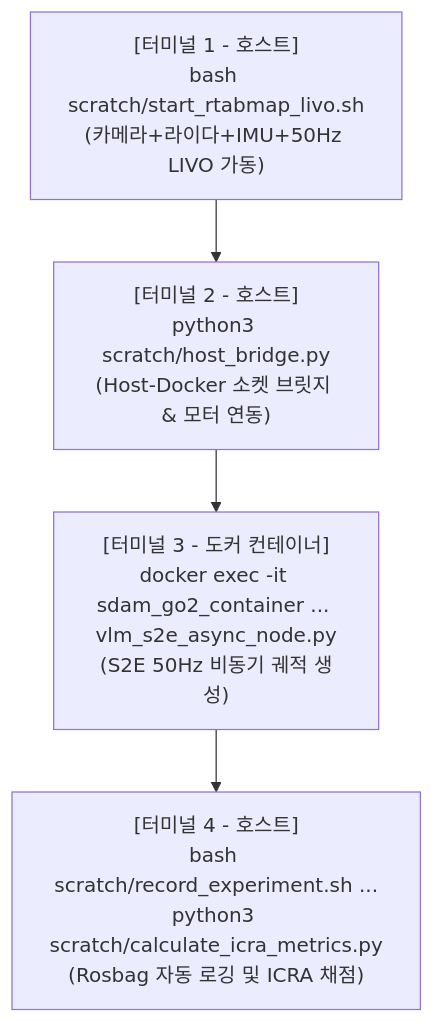
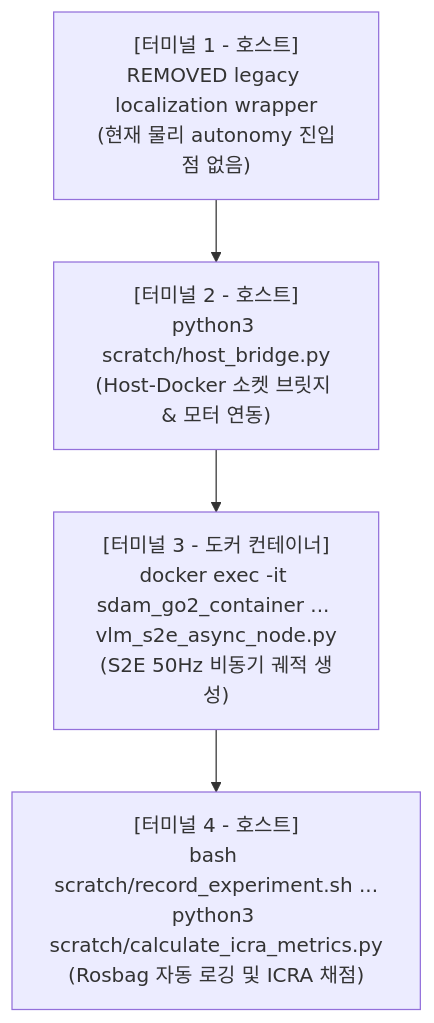
The diagram in docs/jetson_plan/04_jetson_onboard_benchmark_and_logging_runbook.md (CGV-HGU/go2_ws), drawn with Mermaid before and after one commit. The commit also changed other lines of this file and 58 other files, not shown here.

````diff
--- a/docs/jetson_plan/04_jetson_onboard_benchmark_and_logging_runbook.md
+++ b/docs/jetson_plan/04_jetson_onboard_benchmark_and_logging_runbook.md
@@ -13,9 +15,9 @@
 ```mermaid
 graph TD
-    T1["[터미널 1 - 호스트]<br/>bash scratch/start_rtabmap_livo.sh<br/>(카메라+라이다+IMU+50Hz LIVO 가동)"]
+    T1["[터미널 1 - 호스트]<br/>REMOVED legacy localization wrapper<br/>(현재 물리 autonomy 진입점 없음)"]
     T2["[터미널 2 - 호스트]<br/>python3 scratch/host_bridge.py<br/>(Host-Docker 소켓 브릿지 & 모터 연동)"]
     T3["[터미널 3 - 도커 컨테이너]<br/>docker exec -it sdam_go2_container ... vlm_s2e_async_node.py<br/>(S2E 50Hz 비동기 궤적 생성)"]
     T4["[터미널 4 - 호스트]<br/>bash scratch/record_experiment.sh ...<br/>python3 scratch/calculate_icra_metrics.py<br/>(Rosbag 자동 로깅 및 ICRA 채점)"]
 
     T1 --> T2 --> T3 --> T4
 ```
````
